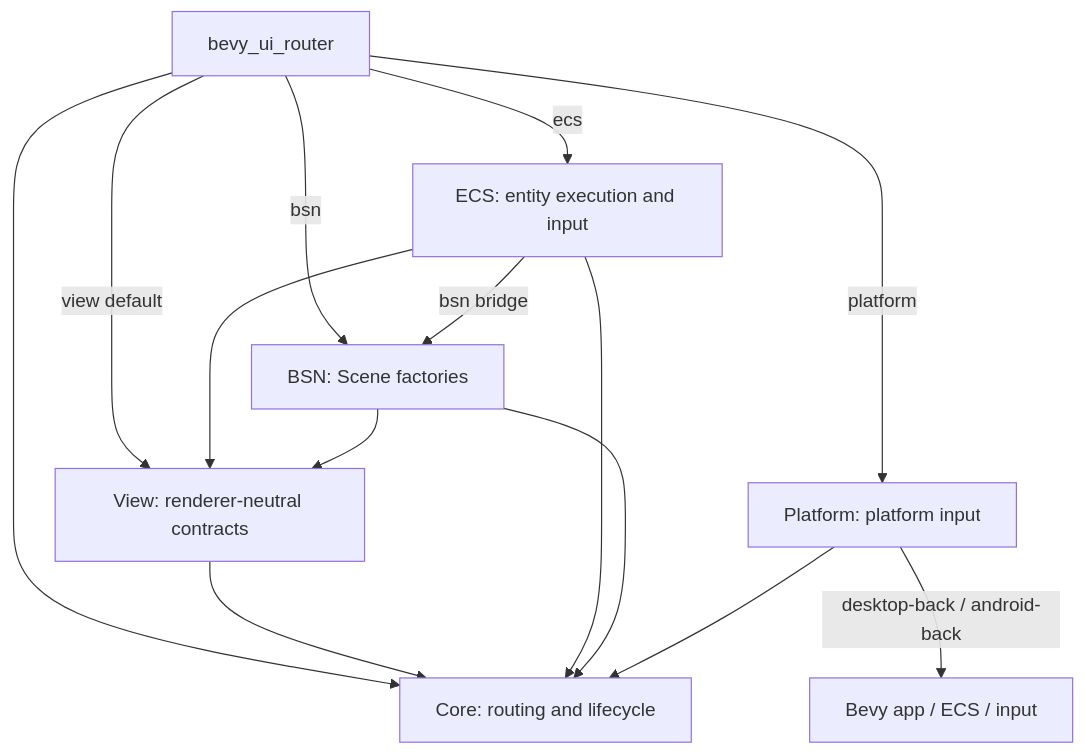
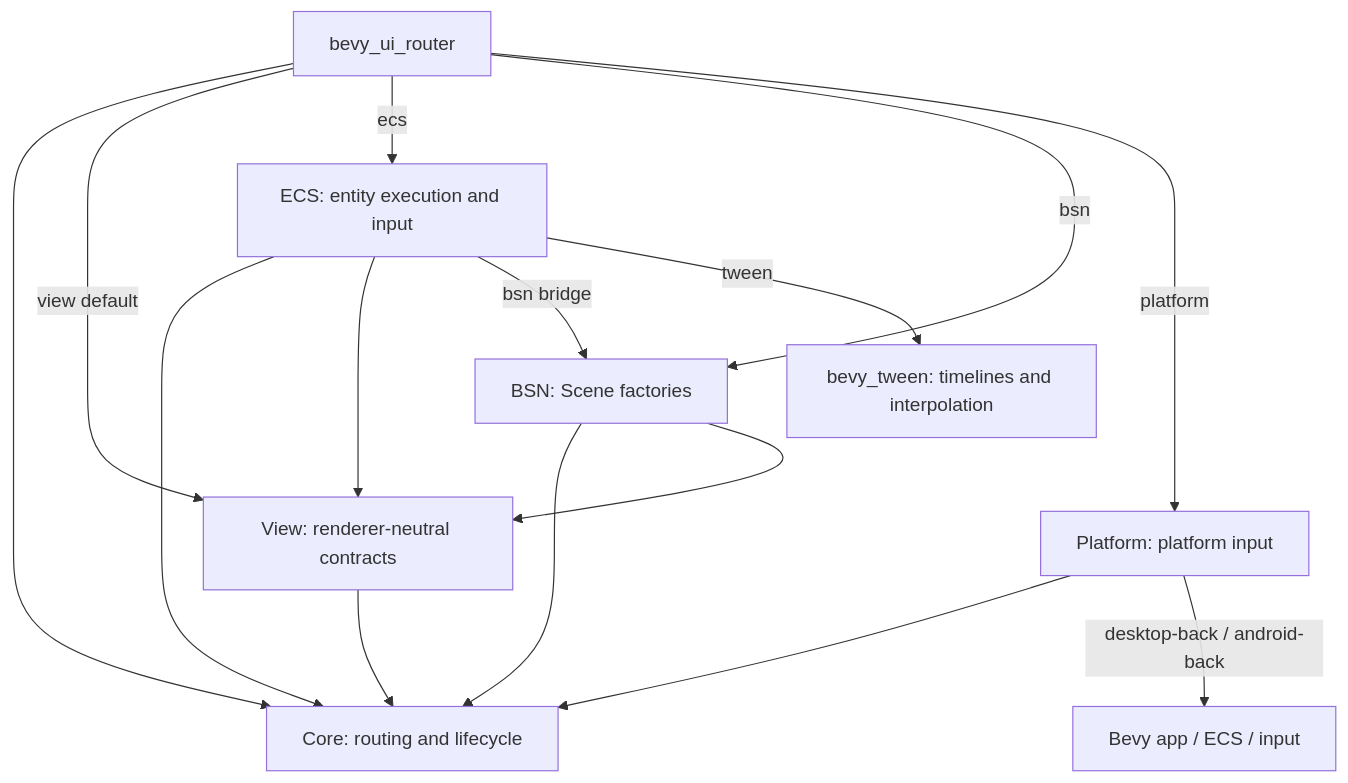
One commit to shengyusi-SYS/bevy_ui_router changed the first of 2 diagrams in docs/architecture/README.en.md. Above: the diagram before and after it, drawn with Mermaid. The commit also changed other lines of this file and 25 other files, not shown here.

````diff
--- a/docs/architecture/README.en.md
+++ b/docs/architecture/README.en.md
@@ -11,16 +11,17 @@
 ```mermaid
 flowchart TD
     Facade["bevy_ui_router"] --> Core["Core: routing and lifecycle"]
     Facade -->|view default| View["View: renderer-neutral contracts"]
     Facade -->|ecs| ECS["ECS: entity execution and input"]
     Facade -->|bsn| BSN["BSN: Scene factories"]
     Facade -->|platform| Platform["Platform: platform input"]
     View --> Core
     ECS --> Core
     ECS --> View
     ECS -->|bsn bridge| BSN
+    ECS -->|tween| Tween["bevy_tween: timelines and interpolation"]
     BSN --> Core
     BSN --> View
     Platform --> Core
     Platform -->|desktop-back / android-back| BevyInput["Bevy app / ECS / input"]
 ```
````
